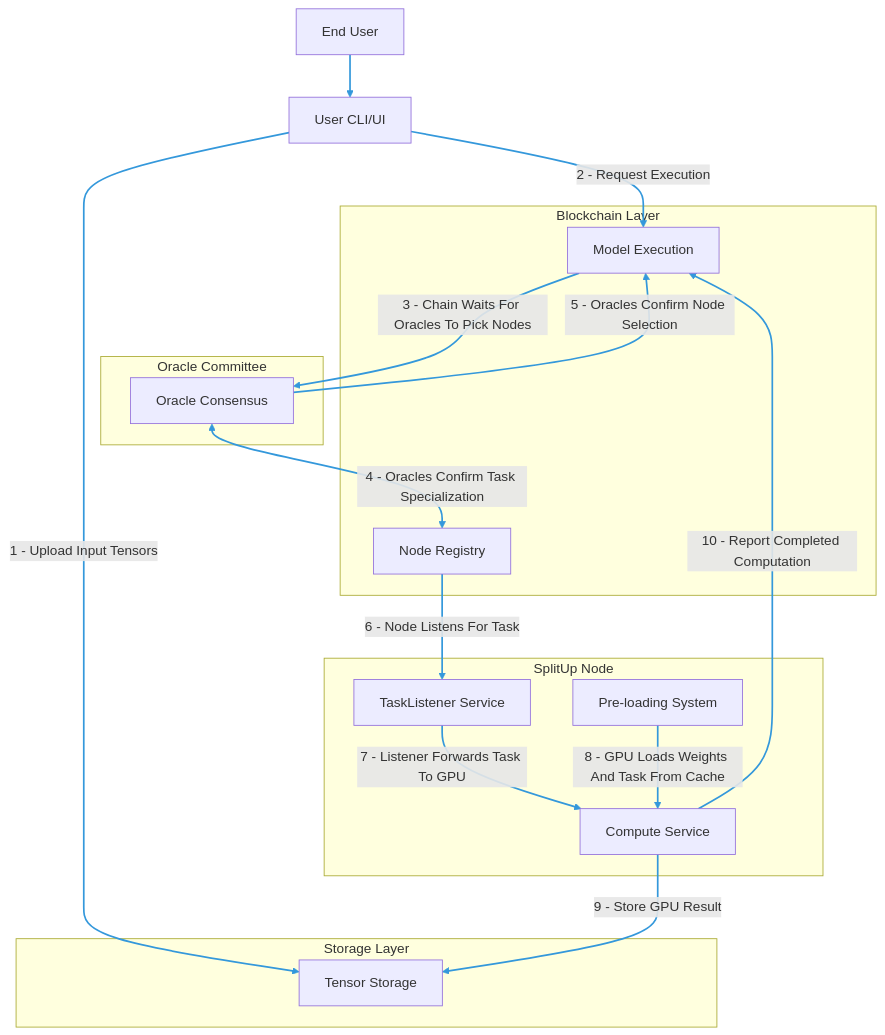
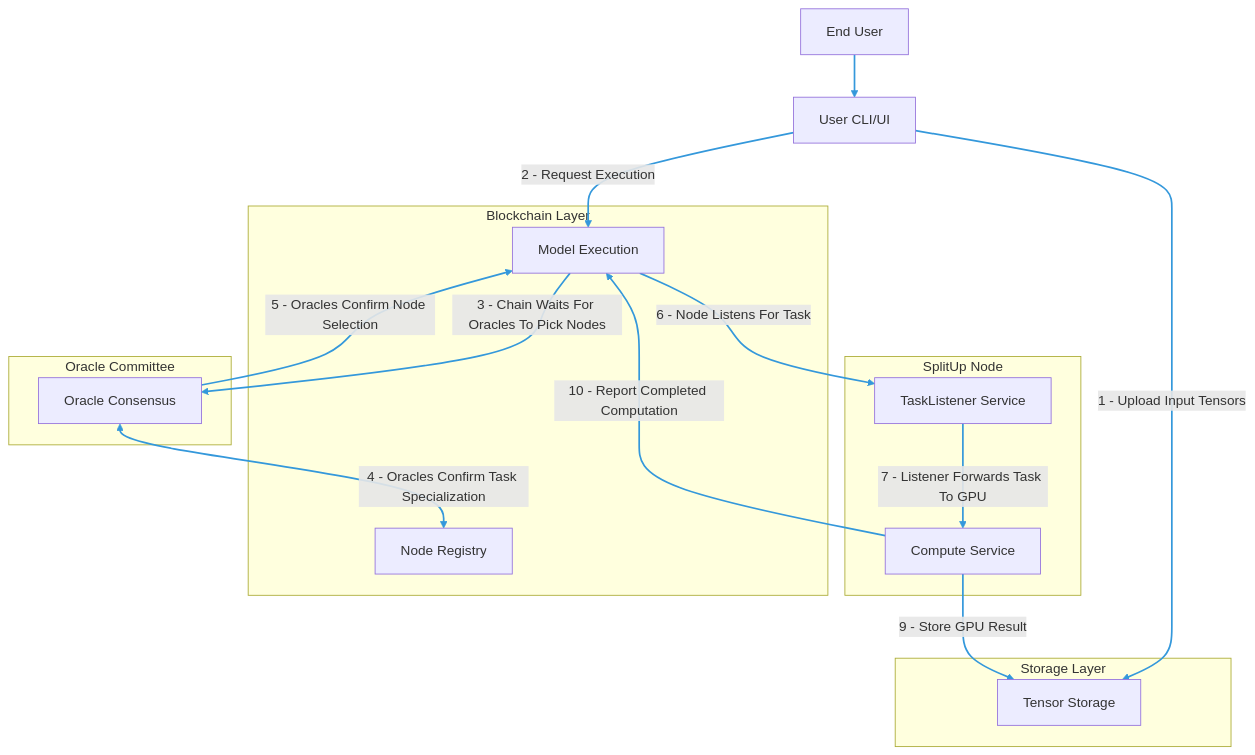
The fifth of 6 diagrams in system_diagrams/main.md (ToxicPine/planning-win), drawn with Mermaid before and after one commit. The commit also changed other lines of this file and 13 other files, not shown here.

````diff
--- a/system_diagrams/main.md
+++ b/system_diagrams/main.md
@@ -290,49 +291,47 @@
 ```mermaid
 flowchart TD
     %% Client actors
     User[End User]
     UC[User CLI/UI]
+    
+    %% Node components
+    subgraph "SplitUp Node"
+        CS[Compute Service]
+        TL[TaskListener Service]
+    end
     
     %% Blockchain contracts
     subgraph "Blockchain Layer"
         ME[Model Execution]
         NR[Node Registry]
     end
     
     %% Oracle Committee
     subgraph "Oracle Committee"
         OC[Oracle Consensus]
-    end
-    
-    %% Node components
-    subgraph "SplitUp Node"
-        CS[Compute Service]
-        PS[Pre-loading System]
-        TL[TaskListener Service]
     end
     
     %% Storage
     subgraph "Storage Layer"
         TS[Tensor Storage]
     end
     
     %% TASK EXECUTION FLOW (BLUE)
     User --> UC
     UC -->|"1 - Upload Input Tensors"| TS
     UC -->|"2 - Request Execution"| ME
     ME -->|"3 - Chain Waits For Oracles To Pick Nodes"| OC
     OC <-->|"4 - Oracles Confirm Task Specialization"| NR
     OC -->|"5 - Oracles Confirm Node Selection"| ME
-    NR -->|"6 - Node Listens For Task"| TL
+    ME -->|"6 - Node Listens For Task"| TL
     TL -->|"7 - Listener Forwards Task To GPU"| CS
-    PS -->|"8 - GPU Loads Weights And Task From Cache"| CS
     CS -->|"9 - Store GPU Result"| TS
     CS -->|"10 - Report Completed Computation"| ME
     
     %% Style task execution relationships with blue color
-    linkStyle 0,1,2,3,4,5,6,7,8,9,10 stroke:#3498db,stroke-width:2;
+    linkStyle 0,1,2,3,4,5,6,7,8,9 stroke:#3498db,stroke-width:2;
     
     classDef blueFlow fill:#3498db,stroke:#2980b9,color:white;
     class TaskExecution blueFlow;
     class UserData tealFlow;
 ```
````
